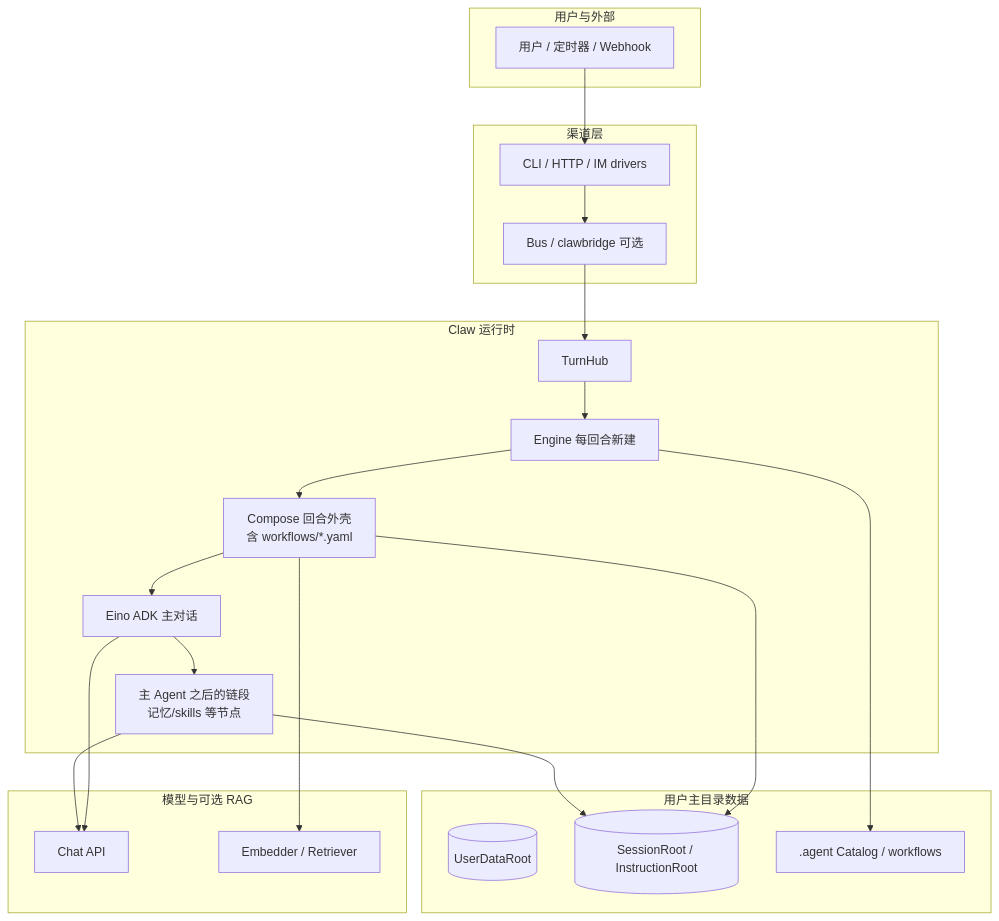
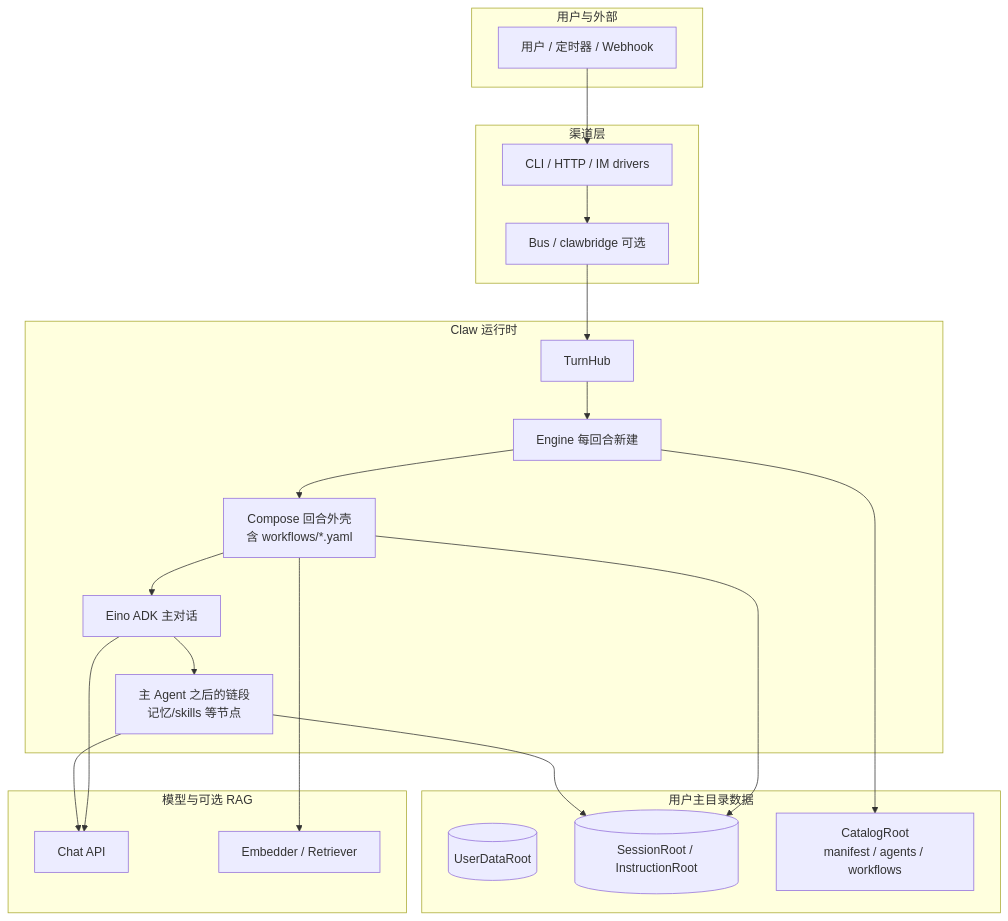
The first of 9 diagrams in docs/architecture.md (lengzhao/oneclaw), drawn with Mermaid before and after one commit. The commit also changed other lines of this file and 9 other files, not shown here.

````diff
--- a/docs/architecture.md
+++ b/docs/architecture.md
@@ -19,39 +19,39 @@
 ```mermaid
 flowchart TB
   subgraph users [用户与外部]
     U[用户 / 定时器 / Webhook]
   end
   subgraph channels [渠道层]
     B[Bus / clawbridge 可选]
     D[CLI / HTTP / IM drivers]
   end
   subgraph runtime [Claw 运行时]
     TH[TurnHub]
     EN[Engine 每回合新建]
     CF[Compose 回合外壳<br/>含 workflows/*.yaml]
     ADK[Eino ADK 主对话]
     NEXT[主 Agent 之后的链段<br/>记忆/skills 等节点]
   end
   subgraph disk [用户主目录数据]
     UD[(UserDataRoot)]
     SR[(SessionRoot / InstructionRoot)]
-    AG[.agent Catalog / workflows]
+    AG[CatalogRoot<br/>manifest / agents / workflows]
   end
   subgraph llm [模型与可选 RAG]
     API[Chat API]
     RAG[Embedder / Retriever]
   end
   U --> D
   D --> B
   B --> TH
   TH --> EN
   EN --> CF
   CF --> ADK
   ADK --> NEXT
   ADK --> API
   NEXT --> API
   CF --> SR
   NEXT --> SR
   EN --> AG
   CF --> RAG
 ```
````
